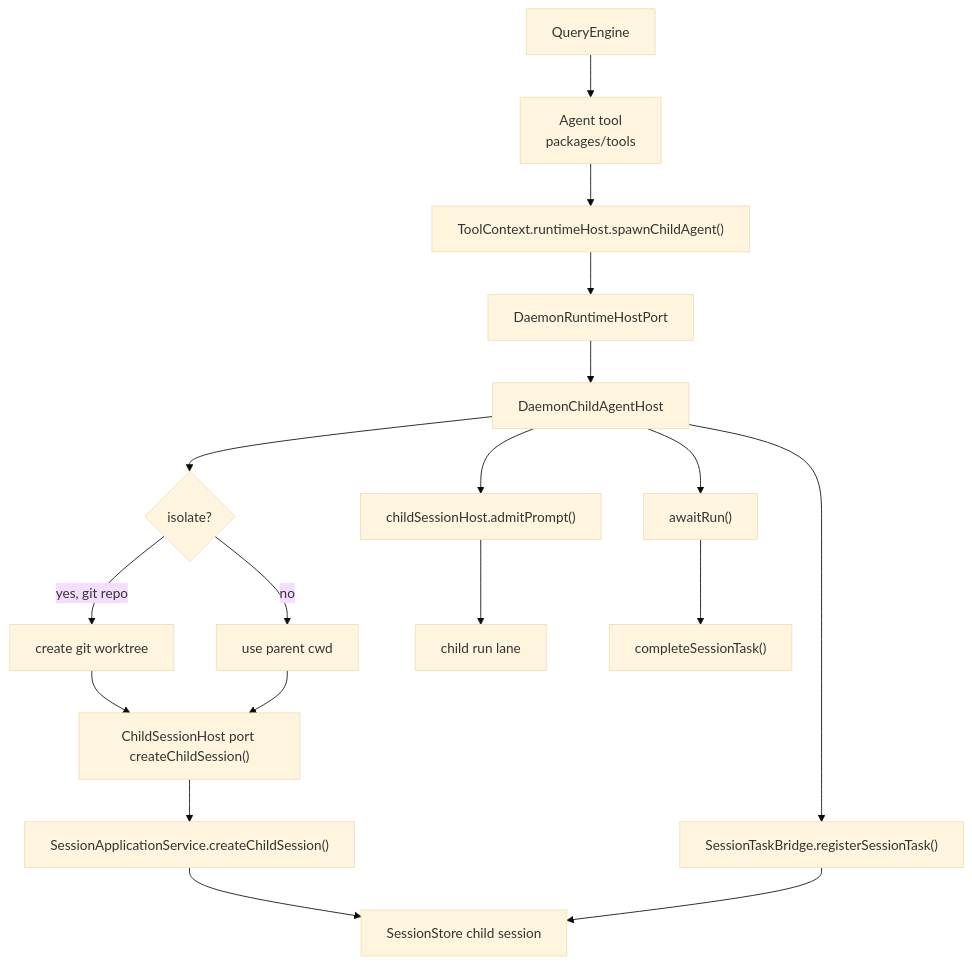
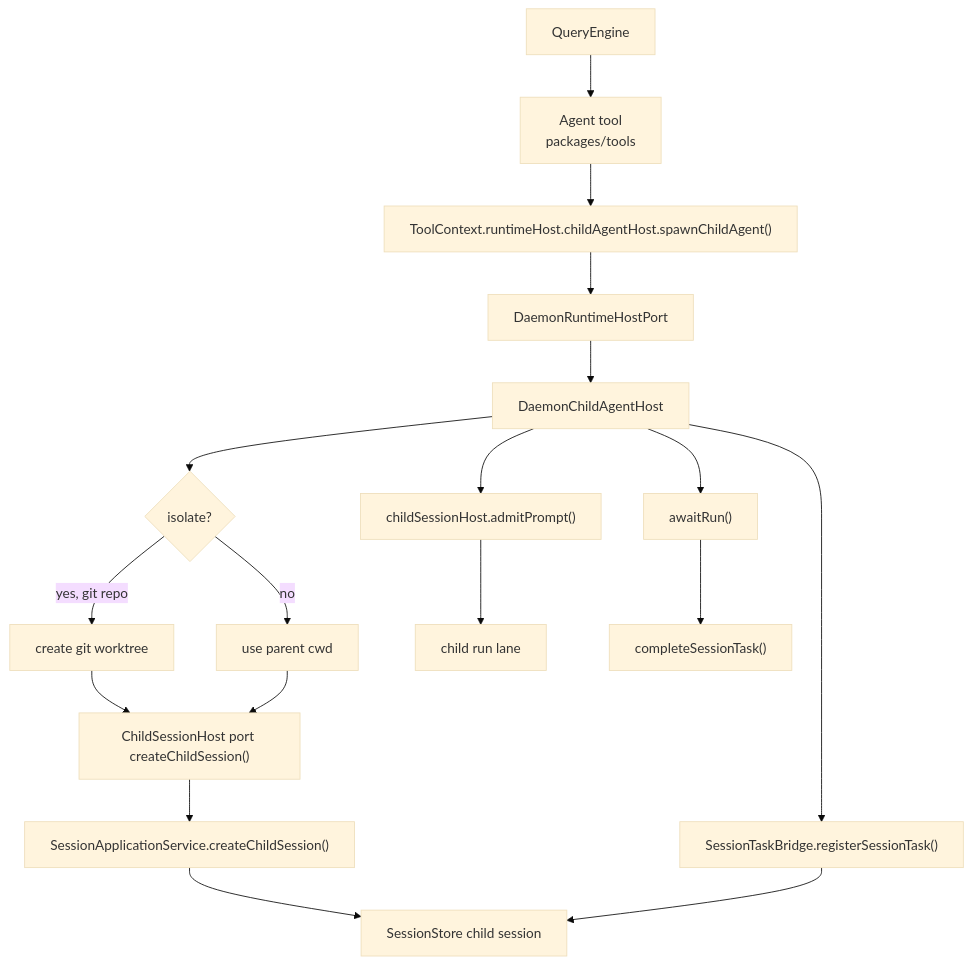
Before and after one commit to rzx007/openharness-ts: the fifth of 5 diagrams in docs/daemon-runtime-flow-map.md, drawn with Mermaid (base theme). The commit also changed other lines of this file and 9 other files, not shown here.

Commit message:
docs(agent): document optional child host capability

````diff
--- a/docs/daemon-runtime-flow-map.md
+++ b/docs/daemon-runtime-flow-map.md
@@ -206,20 +206,20 @@
 ```mermaid
 flowchart TD
   qe["QueryEngine"] --> agent["Agent tool<br/>packages/tools"]
-  agent --> host["ToolContext.runtimeHost.spawnChildAgent()"]
+  agent --> host["ToolContext.runtimeHost.childAgentHost.spawnChildAgent()"]
   host --> runtimeHost["DaemonRuntimeHostPort"]
   runtimeHost --> childAgentHost["DaemonChildAgentHost"]
   childAgentHost --> worktree{"isolate?"}
   worktree -->|"yes, git repo"| git["create git worktree"]
   worktree -->|"no"| sameCwd["use parent cwd"]
   git --> createChild["ChildSessionHost port createChildSession()"]
   sameCwd --> createChild
   createChild --> app["SessionApplicationService.createChildSession()"]
   app --> store["SessionStore child session"]
   childAgentHost --> task["SessionTaskBridge.registerSessionTask()"]
   task --> store
   childAgentHost --> prompt["childSessionHost.admitPrompt()"]
   prompt --> run["child run lane"]
   childAgentHost --> await["awaitRun()"]
   await --> complete["completeSessionTask()"]
 ```
````
